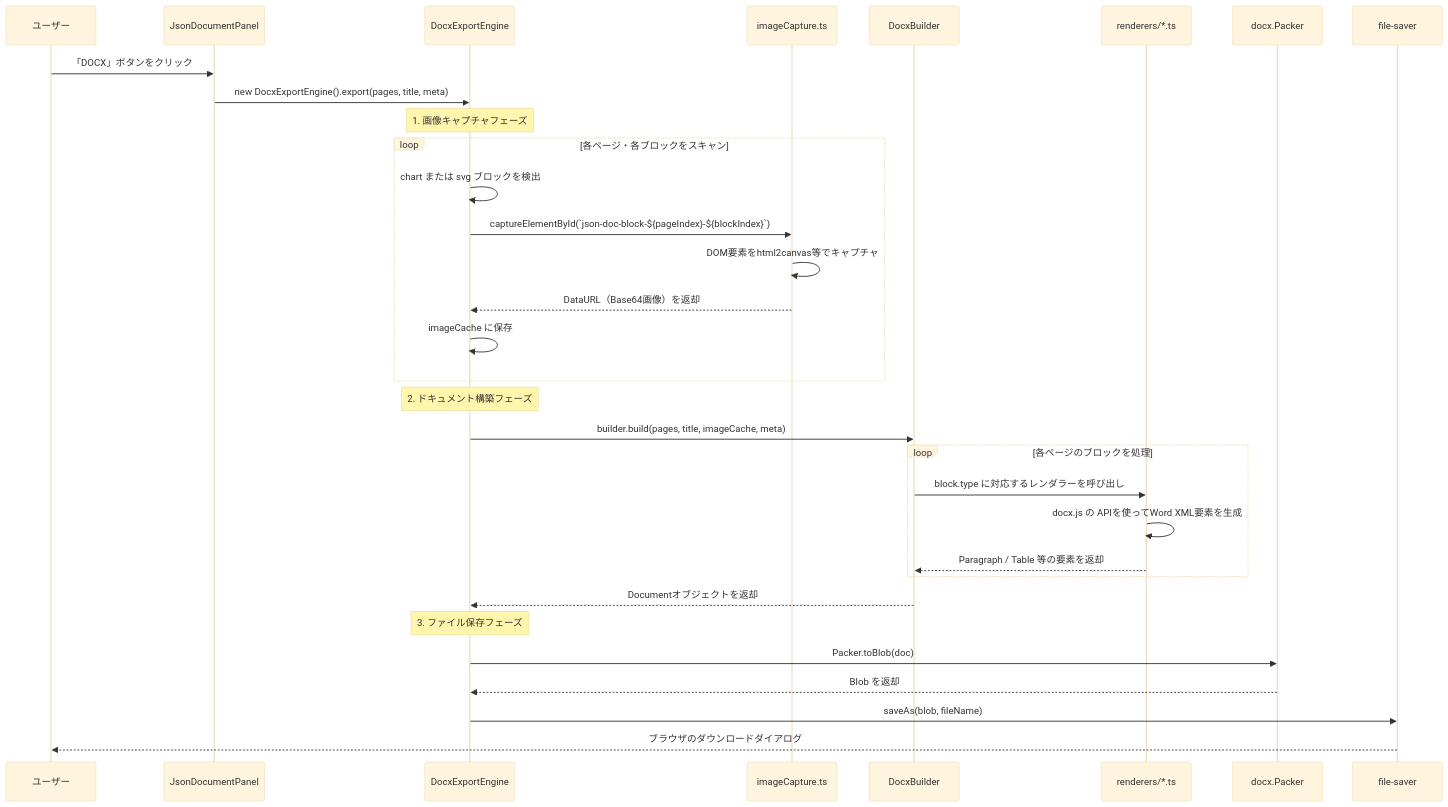
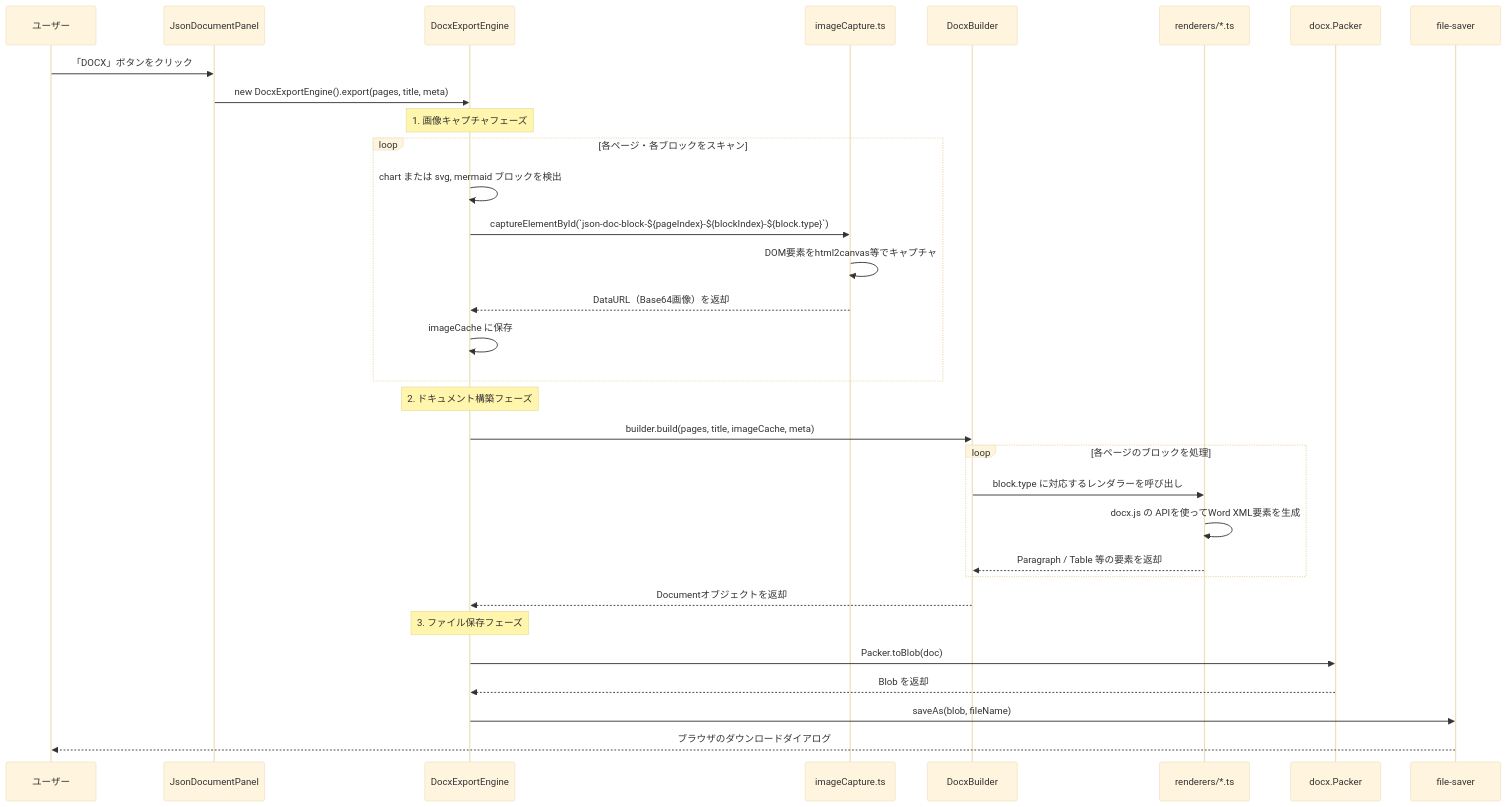
Before and after one commit to takuya-flag414/dify-custom-ui-poc: the second of 2 diagrams in docs/handover/phase2-core-features/06_export-pptx-docx.md, drawn with Mermaid (base theme). The commit also changed other lines of this file and 32 other files, not shown here.

````diff
--- a/docs/handover/phase2-core-features/06_export-pptx-docx.md
+++ b/docs/handover/phase2-core-features/06_export-pptx-docx.md
@@ -189,38 +189,38 @@
 ```mermaid
 sequenceDiagram
     participant User as ユーザー
     participant Panel as JsonDocumentPanel
     participant Engine as DocxExportEngine
     participant Capture as imageCapture.ts
     participant Builder as DocxBuilder
     participant Renderer as renderers/*.ts
     participant Packer as docx.Packer
     participant FileSaver as file-saver
 
     User->>Panel: 「DOCX」ボタンをクリック
     Panel->>Engine: new DocxExportEngine().export(pages, title, meta)
 
     Note over Engine: 1. 画像キャプチャフェーズ
     loop 各ページ・各ブロックをスキャン
-        Engine->>Engine: chart または svg ブロックを検出
-        Engine->>Capture: captureElementById(`json-doc-block-${pageIndex}-${blockIndex}`)
+        Engine->>Engine: chart または svg, mermaid ブロックを検出
+        Engine->>Capture: captureElementById(`json-doc-block-${pageIndex}-${blockIndex}-${block.type}`)
         Capture->>Capture: DOM要素をhtml2canvas等でキャプチャ
         Capture-->>Engine: DataURL（Base64画像）を返却
         Engine->>Engine: imageCache に保存
     end
 
     Note over Engine: 2. ドキュメント構築フェーズ
     Engine->>Builder: builder.build(pages, title, imageCache, meta)
     loop 各ページのブロックを処理
         Builder->>Renderer: block.type に対応するレンダラーを呼び出し
         Renderer->>Renderer: docx.js の APIを使ってWord XML要素を生成
         Renderer-->>Builder: Paragraph / Table 等の要素を返却
     end
     Builder-->>Engine: Documentオブジェクトを返却
 
     Note over Engine: 3. ファイル保存フェーズ
     Engine->>Packer: Packer.toBlob(doc)
     Packer-->>Engine: Blob を返却
     Engine->>FileSaver: saveAs(blob, fileName)
     FileSaver-->>User: ブラウザのダウンロードダイアログ
 ```
````
